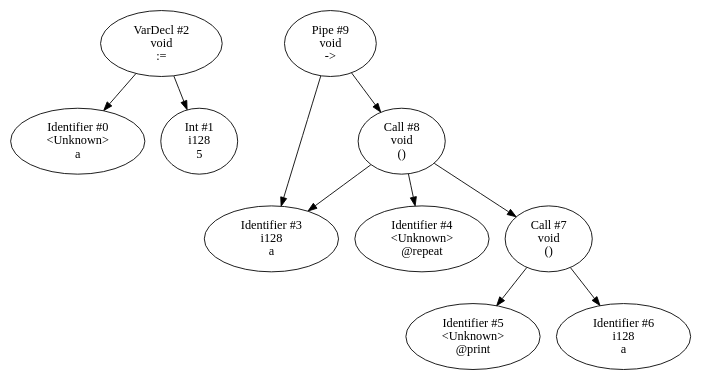
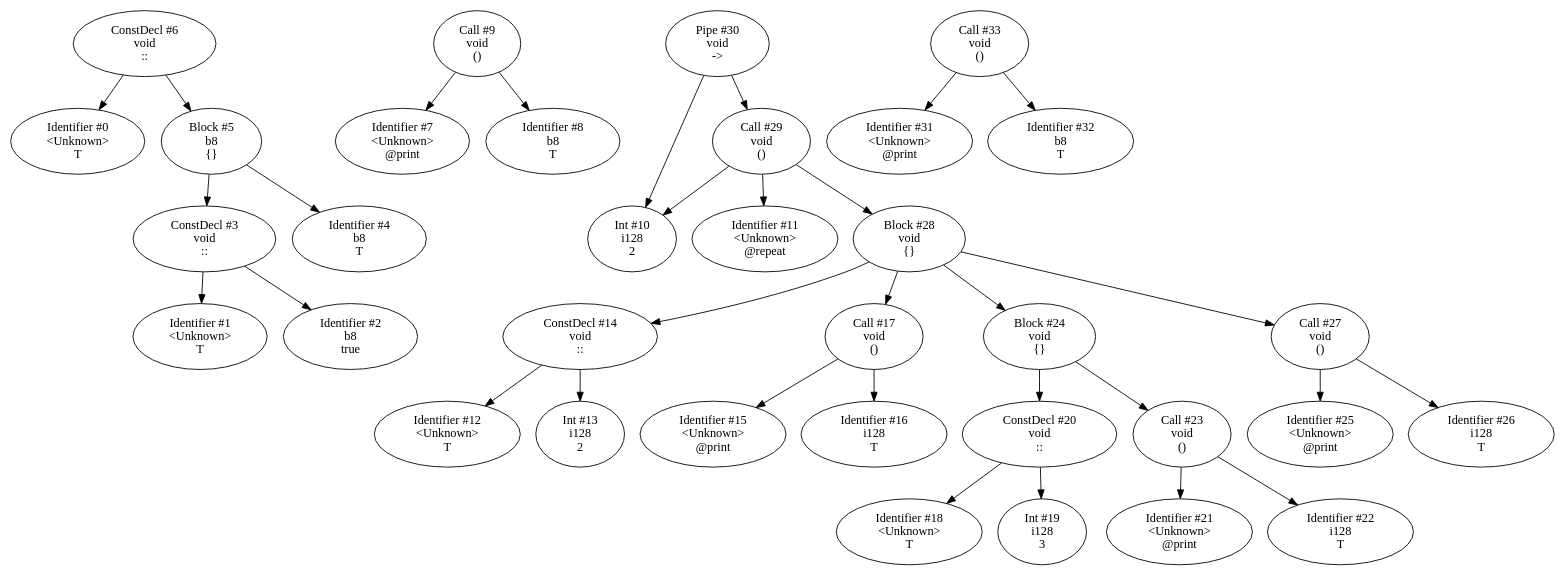
Before and after one commit to Nimaoth/OrbitLang: the diagram in examples/test.orb.gv, drawn with Graphviz. The commit also changed 10 other files, not shown here.

```diff
--- a/examples/test.orb.gv
+++ b/examples/test.orb.gv
@@ -1,11 +1,33 @@
 digraph Ast {
-    "VarDecl #2\nvoid\n:=" -> "Identifier #0\n<Unknown>\na"
-    "VarDecl #2\nvoid\n:=" -> "Int #1\ni128\n5"
-    "Pipe #9\nvoid\n->" -> "Identifier #3\ni128\na"
-    "Pipe #9\nvoid\n->" -> "Call #8\nvoid\n()"
-    "Call #8\nvoid\n()" -> "Identifier #4\n<Unknown>\n@repeat"
-    "Call #8\nvoid\n()" -> "Call #7\nvoid\n()"
-    "Call #7\nvoid\n()" -> "Identifier #5\n<Unknown>\n@print"
-    "Call #7\nvoid\n()" -> "Identifier #6\ni128\na"
-    "Call #8\nvoid\n()" -> "Identifier #3\ni128\na"
+    "ConstDecl #6\nvoid\n::" -> "Identifier #0\n<Unknown>\nT"
+    "ConstDecl #6\nvoid\n::" -> "Block #5\nb8\n{}"
+    "Block #5\nb8\n{}" -> "ConstDecl #3\nvoid\n::"
+    "ConstDecl #3\nvoid\n::" -> "Identifier #1\n<Unknown>\nT"
+    "ConstDecl #3\nvoid\n::" -> "Identifier #2\nb8\ntrue"
+    "Block #5\nb8\n{}" -> "Identifier #4\nb8\nT"
+    "Call #9\nvoid\n()" -> "Identifier #7\n<Unknown>\n@print"
+    "Call #9\nvoid\n()" -> "Identifier #8\nb8\nT"
+    "Pipe #30\nvoid\n->" -> "Int #10\ni128\n2"
+    "Pipe #30\nvoid\n->" -> "Call #29\nvoid\n()"
+    "Call #29\nvoid\n()" -> "Identifier #11\n<Unknown>\n@repeat"
+    "Call #29\nvoid\n()" -> "Block #28\nvoid\n{}"
+    "Block #28\nvoid\n{}" -> "ConstDecl #14\nvoid\n::"
+    "ConstDecl #14\nvoid\n::" -> "Identifier #12\n<Unknown>\nT"
+    "ConstDecl #14\nvoid\n::" -> "Int #13\ni128\n2"
+    "Block #28\nvoid\n{}" -> "Call #17\nvoid\n()"
+    "Call #17\nvoid\n()" -> "Identifier #15\n<Unknown>\n@print"
+    "Call #17\nvoid\n()" -> "Identifier #16\ni128\nT"
+    "Block #28\nvoid\n{}" -> "Block #24\nvoid\n{}"
+    "Block #24\nvoid\n{}" -> "ConstDecl #20\nvoid\n::"
+    "ConstDecl #20\nvoid\n::" -> "Identifier #18\n<Unknown>\nT"
+    "ConstDecl #20\nvoid\n::" -> "Int #19\ni128\n3"
+    "Block #24\nvoid\n{}" -> "Call #23\nvoid\n()"
+    "Call #23\nvoid\n()" -> "Identifier #21\n<Unknown>\n@print"
+    "Call #23\nvoid\n()" -> "Identifier #22\ni128\nT"
+    "Block #28\nvoid\n{}" -> "Call #27\nvoid\n()"
+    "Call #27\nvoid\n()" -> "Identifier #25\n<Unknown>\n@print"
+    "Call #27\nvoid\n()" -> "Identifier #26\ni128\nT"
+    "Call #29\nvoid\n()" -> "Int #10\ni128\n2"
+    "Call #33\nvoid\n()" -> "Identifier #31\n<Unknown>\n@print"
+    "Call #33\nvoid\n()" -> "Identifier #32\nb8\nT"
 }
```
